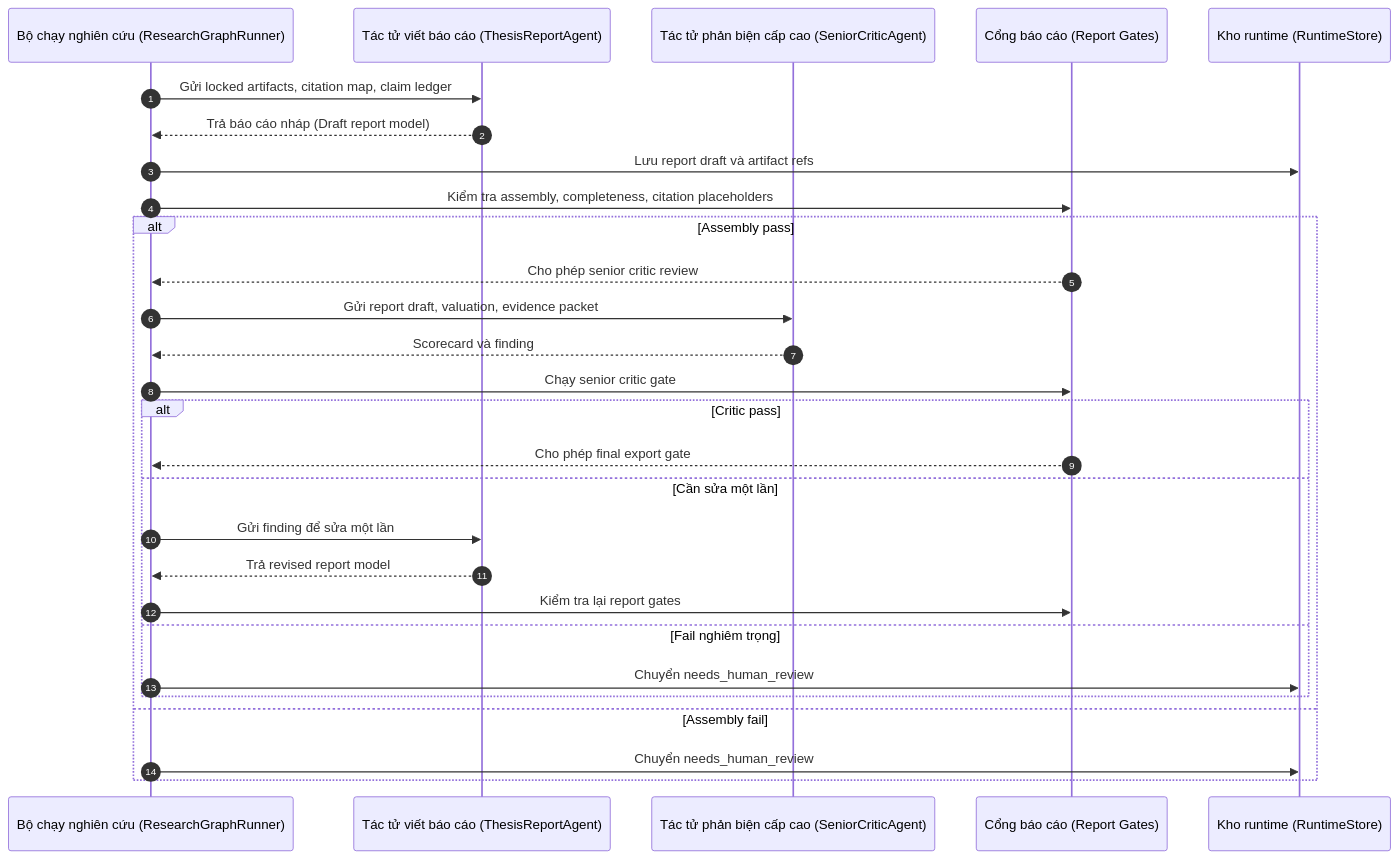
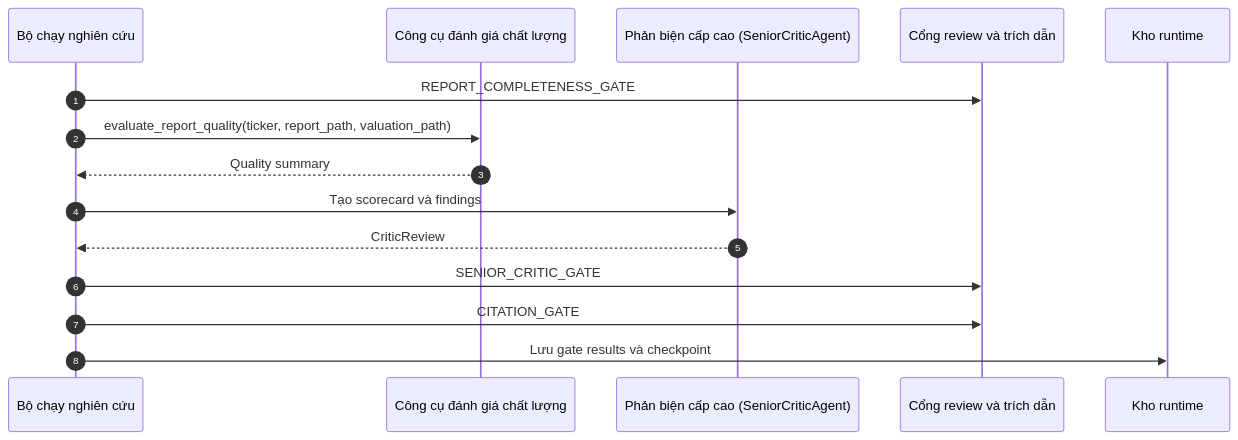
One commit to haubelerche/equity-research-system changed diagram 12 of 24 in docs/SEQUENCE.md. Above: the diagram before and after it, drawn with Mermaid. The commit also changed other lines of this file and 56 other files, not shown here.

````diff
--- a/docs/SEQUENCE.md
+++ b/docs/SEQUENCE.md
@@ -280,31 +348,18 @@
 ```mermaid
 sequenceDiagram
     autonumber
-    participant R as Bộ chạy nghiên cứu (ResearchGraphRunner)
-    participant W as Tác tử viết báo cáo (ThesisReportAgent)
-    participant C as Tác tử phản biện cấp cao (SeniorCriticAgent)
-    participant G as Cổng báo cáo (Report Gates)
-    participant S as Kho runtime (RuntimeStore)
+    participant R as Bộ chạy nghiên cứu
+    participant Q as Công cụ đánh giá chất lượng
+    participant C as Phản biện cấp cao (SeniorCriticAgent)
+    participant G as Cổng review và trích dẫn
+    participant S as Kho runtime
 
-    R->>W: Gửi locked artifacts, citation map, claim ledger
-    W-->>R: Trả báo cáo nháp (Draft report model)
-    R->>S: Lưu report draft và artifact refs
-    R->>G: Kiểm tra assembly, completeness, citation placeholders
-    alt Assembly pass
-        G-->>R: Cho phép senior critic review
-        R->>C: Gửi report draft, valuation, evidence packet
-        C-->>R: Scorecard và finding
-        R->>G: Chạy senior critic gate
-        alt Critic pass
-            G-->>R: Cho phép final export gate
-        else Cần sửa một lần
-            R->>W: Gửi finding để sửa một lần
-            W-->>R: Trả revised report model
-            R->>G: Kiểm tra lại report gates
-        else Fail nghiêm trọng
-            R->>S: Chuyển needs_human_review
-        end
-    else Assembly fail
-        R->>S: Chuyển needs_human_review
-    end
+    R->>G: REPORT_COMPLETENESS_GATE
+    R->>Q: evaluate_report_quality(ticker, report_path, valuation_path)
+    Q-->>R: Quality summary
+    R->>C: Tạo scorecard và findings
+    C-->>R: CriticReview
+    R->>G: SENIOR_CRITIC_GATE
+    R->>G: CITATION_GATE
+    R->>S: Lưu gate results và checkpoint
 ```
````
